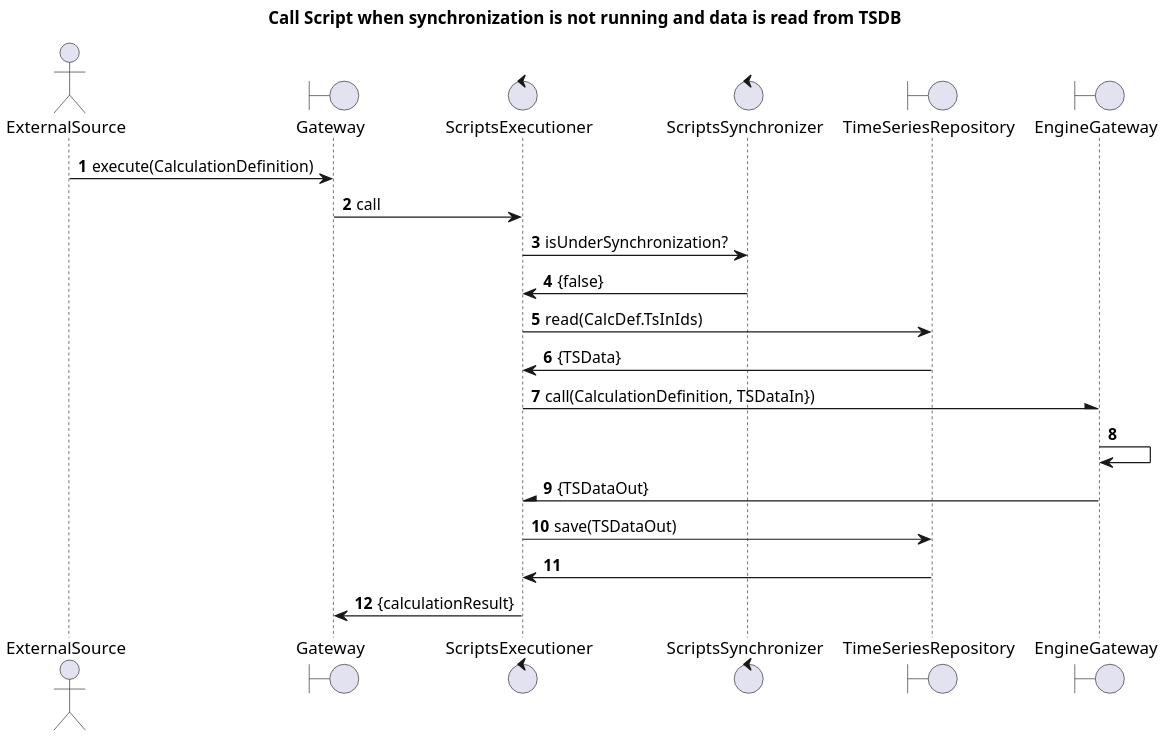
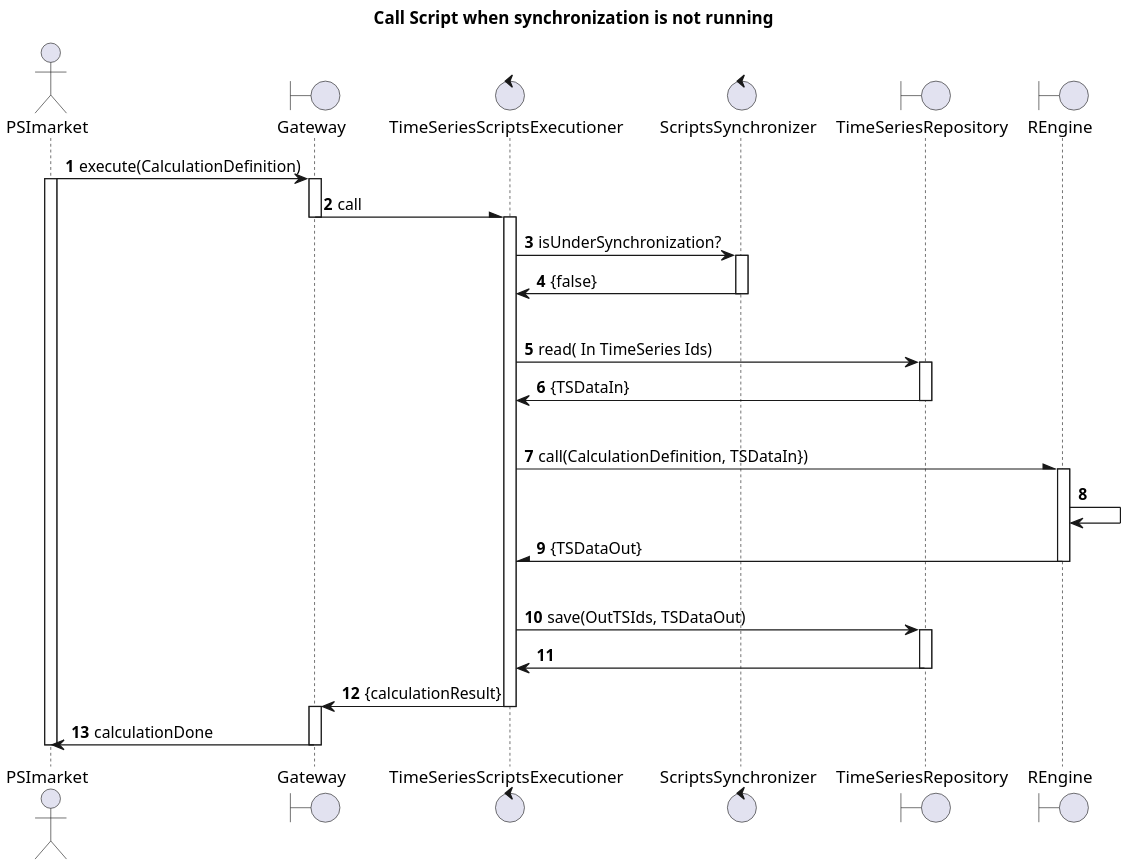
The diagram in doc/useCases/AKT-1238/1.0 withTimeSeriesAndScriptsRepository.plantuml (PSI-Polska/aaas-java6), drawn with PlantUML before and after one commit. The commit also changed 10 other files, not shown here.

```diff
--- a/doc/useCases/AKT-1238/1.0 withTimeSeriesAndScriptsRepository.plantuml
+++ b/doc/useCases/AKT-1238/1.0 withTimeSeriesAndScriptsRepository.plantuml
@@ -1,30 +1,48 @@
 @startuml
 skinparam dpi 200
+skinparam backgroundColor transparent
 
-title Call Script when synchronization is not running and data is read from TSDB
+title Call Script when synchronization is not running
 
-actor ExternalSource
+actor PSImarket
 boundary Gateway
-control ScriptsExecutioner as Executioner
-' entity DefinitionValidator as Validator
+control TimeSeriesScriptsExecutioner as Executioner
 control ScriptsSynchronizer as Synchronizer
 boundary TimeSeriesRepository as TSRepo
-boundary EngineGateway as Engine
+boundary REngine as Engine
 
 autonumber
-ExternalSource -> Gateway: execute(CalculationDefinition)
-Gateway -> Executioner: call
-' Executioner -> Validator: validate(CalculationDefinition)
-' Validator -> Executioner: true
+PSImarket -> Gateway: execute(CalculationDefinition)
+activate PSImarket
+activate Gateway
+Gateway -\ Executioner: call
+deactivate Gateway
+activate Executioner
 Executioner -> Synchronizer: isUnderSynchronization?
+activate Synchronizer
 Synchronizer -> Executioner: {false}
-Executioner -> TSRepo: read(CalcDef.TsInIds)
-TSRepo -> Executioner: {TSData}
+deactivate Synchronizer
+||||
+Executioner -> TSRepo: read( In TimeSeries Ids)
+activate TSRepo
+TSRepo -> Executioner: {TSDataIn}
+deactivate TSRepo
+||||
 Executioner -\ Engine: call(CalculationDefinition, TSDataIn})
+activate Engine
 Engine -> Engine
 Engine -\ Executioner: {TSDataOut}
-Executioner -> TSRepo: save(TSDataOut)
+deactivate Engine
+||||
+Executioner -> TSRepo: save(OutTSIds, TSDataOut)
+activate TSRepo
 TSRepo -> Executioner
+deactivate TSRepo
 Executioner -> Gateway: {calculationResult}
+deactivate Executioner
+activate Gateway
+Gateway -> PSImarket: calculationDone
+deactivate Gateway
+deactivate PSImarket
 
 @enduml
```
